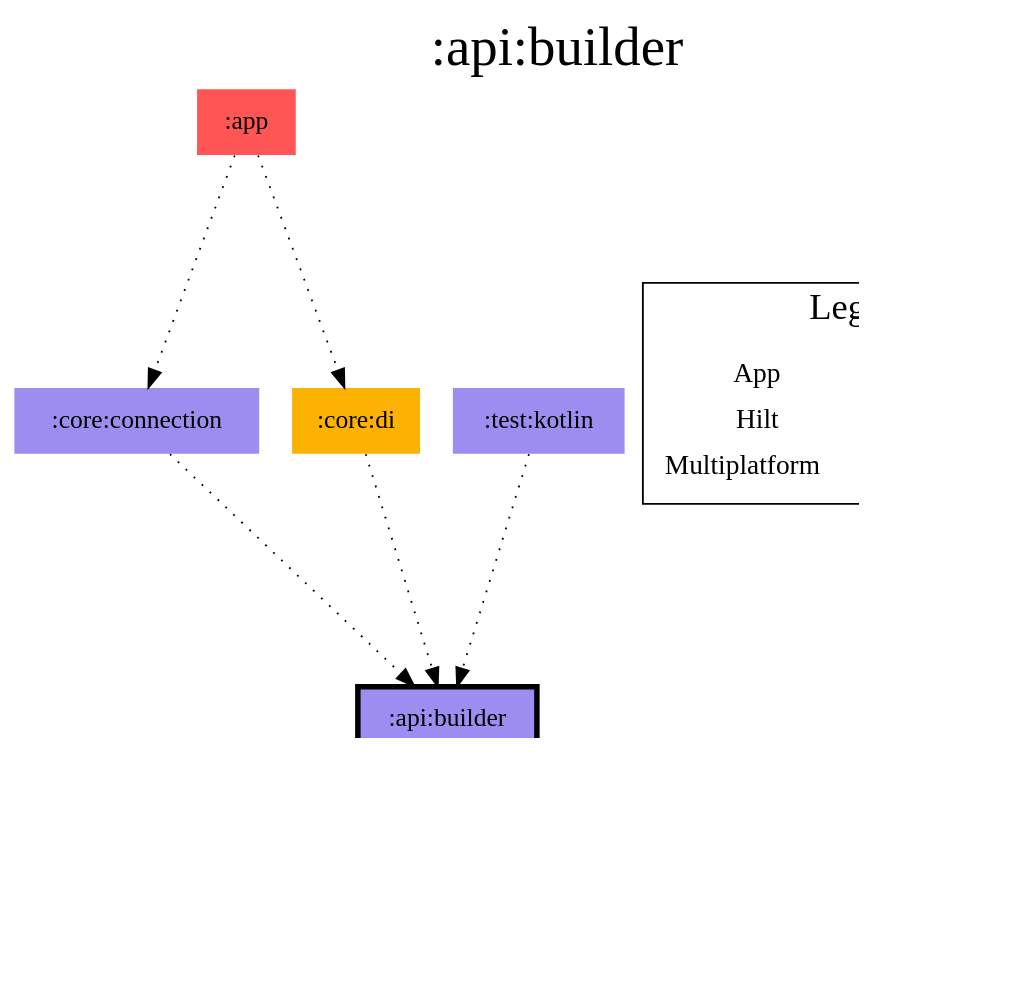
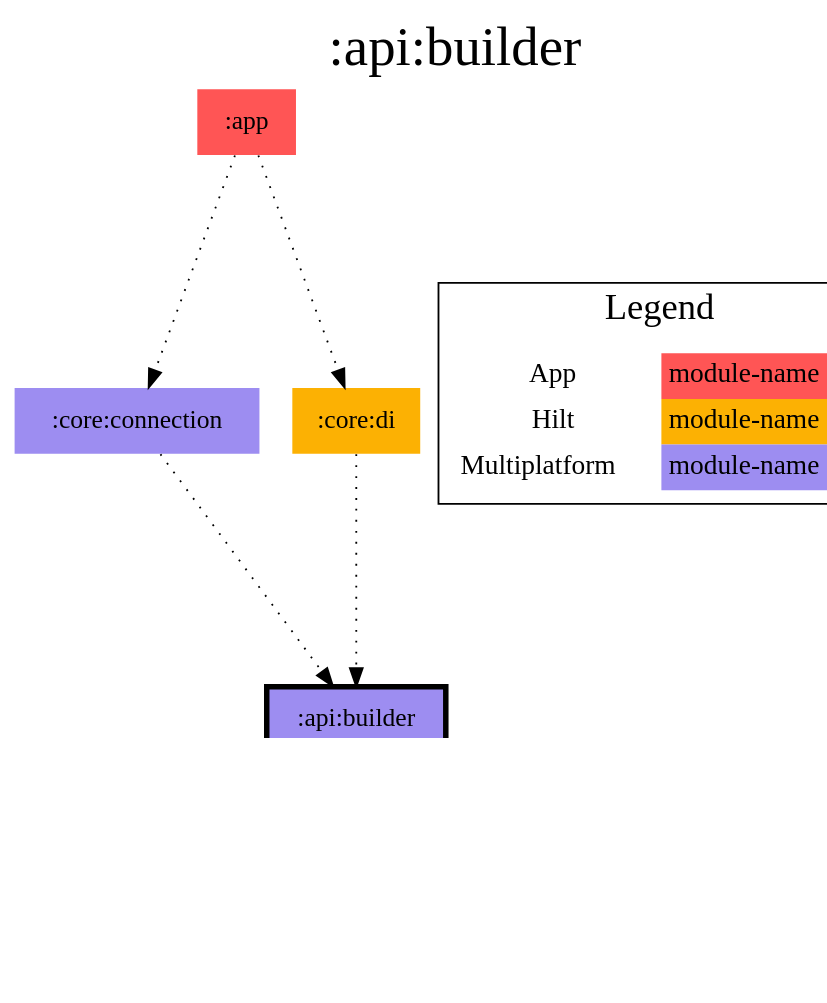
Before and after one commit to jonapoul/aktual: the diagram in modules/api/builder/modules.dot, drawn with Graphviz. The commit also changed 26 other files, not shown here.

Commit message:
Remove test modules from graphs

```diff
--- a/modules/api/builder/modules.dot
+++ b/modules/api/builder/modules.dot
@@ -1,33 +1,31 @@
 digraph {
 edge ["dir"="forward"]
 graph ["dpi"="100","label"=":api:builder","labelloc"="t","fontsize"="30","ranksep"="1.5","rankdir"="TB"]
 node ["style"="filled"]
 ":api:builder" ["fillcolor"="#9D8DF1","color"="black","penwidth"="3","shape"="box"]
 ":app" ["fillcolor"="#FF5555","shape"="none"]
 ":core:connection" ["fillcolor"="#9D8DF1","shape"="none"]
 ":core:di" ["fillcolor"="#FCB103","shape"="none"]
 ":core:model" ["fillcolor"="#9D8DF1","shape"="none"]
-":test:kotlin" ["fillcolor"="#9D8DF1","shape"="none"]
 {
 edge ["dir"="none"]
 graph ["rank"="same"]
 ":api:builder"
 }
 ":api:builder" -> ":core:model"
 ":app" -> ":core:connection" ["style"="dotted"]
 ":app" -> ":core:di" ["style"="dotted"]
 ":core:connection" -> ":api:builder" ["style"="dotted"]
 ":core:di" -> ":api:builder" ["style"="dotted"]
-":test:kotlin" -> ":api:builder" ["style"="dotted"]
 subgraph "cluster_legend" {
 edge ["dir"="none"]
 graph ["label"="Legend","fontsize"="20"]
 "Legend" ["style"="filled","fillcolor"="#FFFFFF","shape"="none","margin"="0","fontsize"="15","label"=<
 <TABLE BORDER="0" CELLBORDER="0" CELLSPACING="0" CELLPADDING="4">
 <TR><TD>App</TD><TD BGCOLOR="#FF5555">module-name</TD></TR>
 <TR><TD>Hilt</TD><TD BGCOLOR="#FCB103">module-name</TD></TR>
 <TR><TD>Multiplatform</TD><TD BGCOLOR="#9D8DF1">module-name</TD></TR>
 </TABLE>
 >]
 } -> ":api:builder" ["style"="invis"]
 }
```
